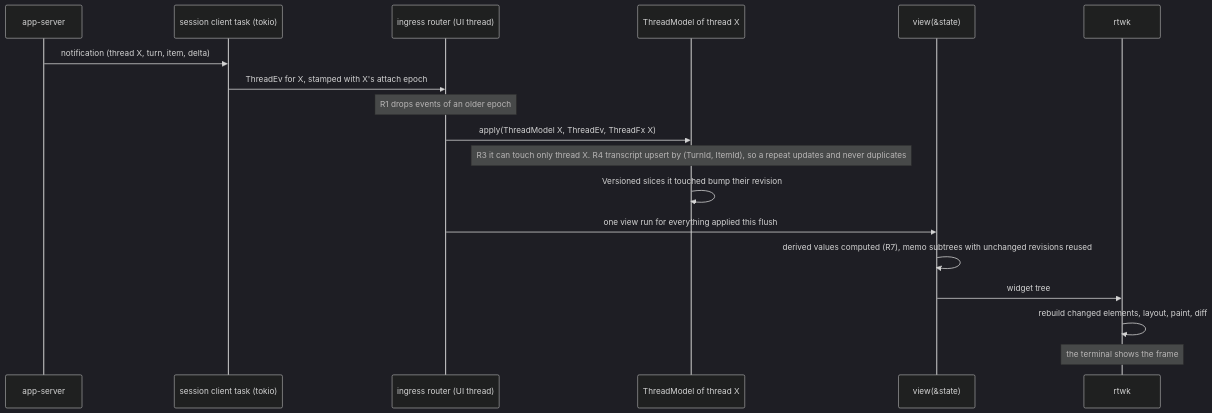
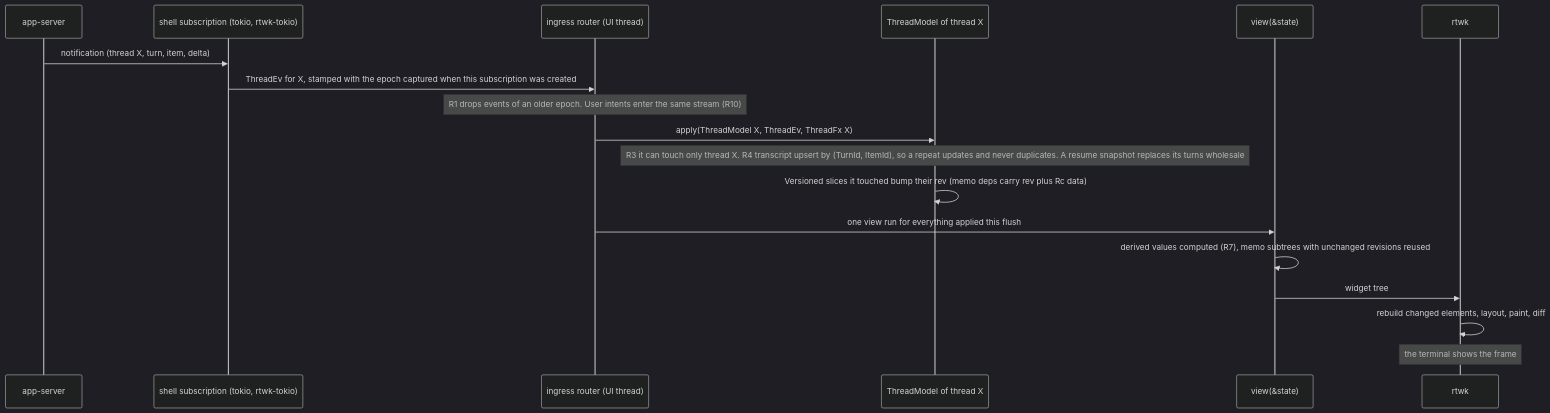
Before and after one commit to Maryarty/CodexCLI: the fourth of 11 diagrams in docs/rtwk-port/design.md, drawn with Mermaid (dark theme). The commit also changed other lines of this file and 10 other files, not shown here.

First line of the commit message:
arch-review: independent Opus review of the architecture; findings fixed

````diff
--- a/docs/rtwk-port/design.md
+++ b/docs/rtwk-port/design.md
@@ -104,20 +107,20 @@
 ```mermaid
 sequenceDiagram
   participant AS as app-server
-  participant T as session client task (tokio)
+  participant T as shell subscription (tokio, rtwk-tokio)
   participant IN as ingress router (UI thread)
   participant TM as ThreadModel of thread X
   participant V as view(&state)
   participant R as rtwk
   AS->>T: notification (thread X, turn, item, delta)
-  T->>IN: ThreadEv for X, stamped with X's attach epoch
-  Note over IN: R1 drops events of an older epoch
+  T->>IN: ThreadEv for X, stamped with the epoch captured when this subscription was created
+  Note over IN: R1 drops events of an older epoch. User intents enter the same stream (R10)
   IN->>TM: apply(ThreadModel X, ThreadEv, ThreadFx X)
-  Note over TM: R3 it can touch only thread X. R4 transcript upsert by (TurnId, ItemId), so a repeat updates and never duplicates
-  TM->>TM: Versioned slices it touched bump their revision
+  Note over TM: R3 it can touch only thread X. R4 transcript upsert by (TurnId, ItemId), so a repeat updates and never duplicates. A resume snapshot replaces its turns wholesale
+  TM->>TM: Versioned slices it touched bump their rev (memo deps carry rev plus Rc data)
   IN->>V: one view run for everything applied this flush
   V->>V: derived values computed (R7), memo subtrees with unchanged revisions reused
   V->>R: widget tree
   R->>R: rebuild changed elements, layout, paint, diff
   Note over R: the terminal shows the frame
 ```
````
